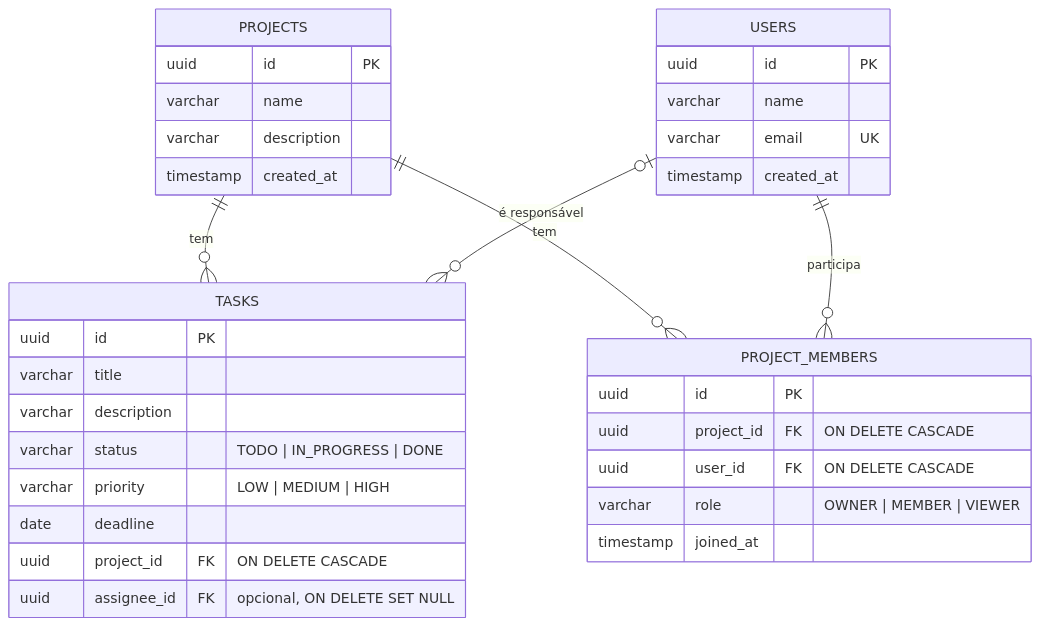
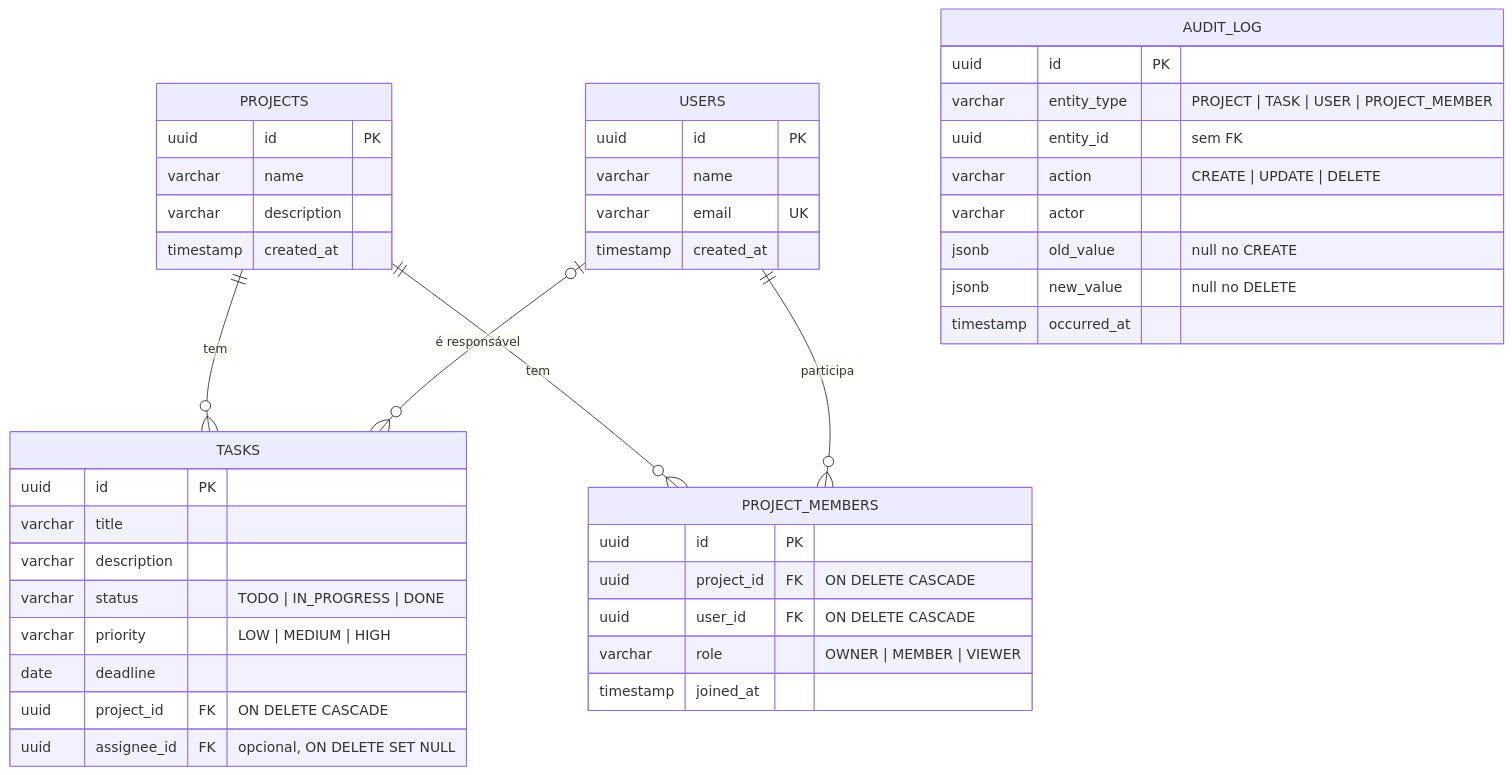
One commit to bieldb/TaskHub changed the diagram in README.md. Above: the diagram before and after it, drawn with Mermaid. The commit also changed other lines of this file, not shown here.

Commit message:
docs: add audit log to README

````diff
--- a/README.md
+++ b/README.md
@@ -131,37 +164,47 @@
 ```mermaid
 erDiagram
     PROJECTS ||--o{ TASKS : "tem"
     PROJECTS ||--o{ PROJECT_MEMBERS : "tem"
     USERS ||--o{ PROJECT_MEMBERS : "participa"
     USERS |o--o{ TASKS : "é responsável"
 
     PROJECTS {
         uuid id PK
         varchar name
         varchar description
         timestamp created_at
     }
     TASKS {
         uuid id PK
         varchar title
         varchar description
         varchar status "TODO | IN_PROGRESS | DONE"
         varchar priority "LOW | MEDIUM | HIGH"
         date deadline
         uuid project_id FK "ON DELETE CASCADE"
         uuid assignee_id FK "opcional, ON DELETE SET NULL"
     }
     USERS {
         uuid id PK
         varchar name
         varchar email UK
         timestamp created_at
     }
     PROJECT_MEMBERS {
         uuid id PK
         uuid project_id FK "ON DELETE CASCADE"
         uuid user_id FK "ON DELETE CASCADE"
         varchar role "OWNER | MEMBER | VIEWER"
         timestamp joined_at
     }
+    AUDIT_LOG {
+        uuid id PK
+        varchar entity_type "PROJECT | TASK | USER | PROJECT_MEMBER"
+        uuid entity_id "sem FK"
+        varchar action "CREATE | UPDATE | DELETE"
+        varchar actor
+        jsonb old_value "null no CREATE"
+        jsonb new_value "null no DELETE"
+        timestamp occurred_at
+    }
 ```
````
